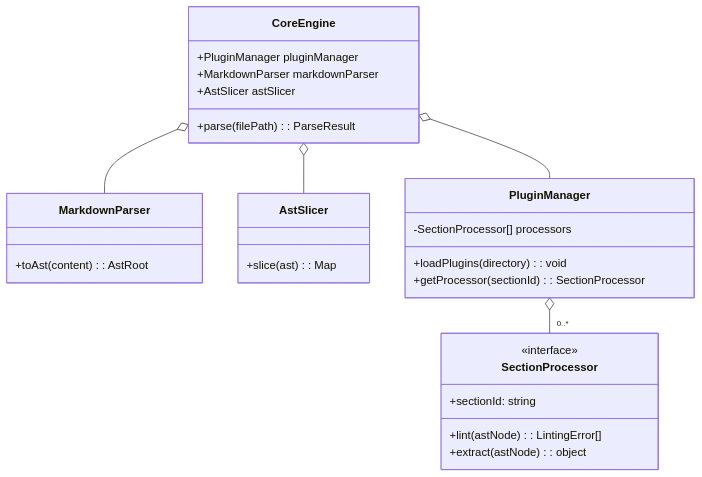
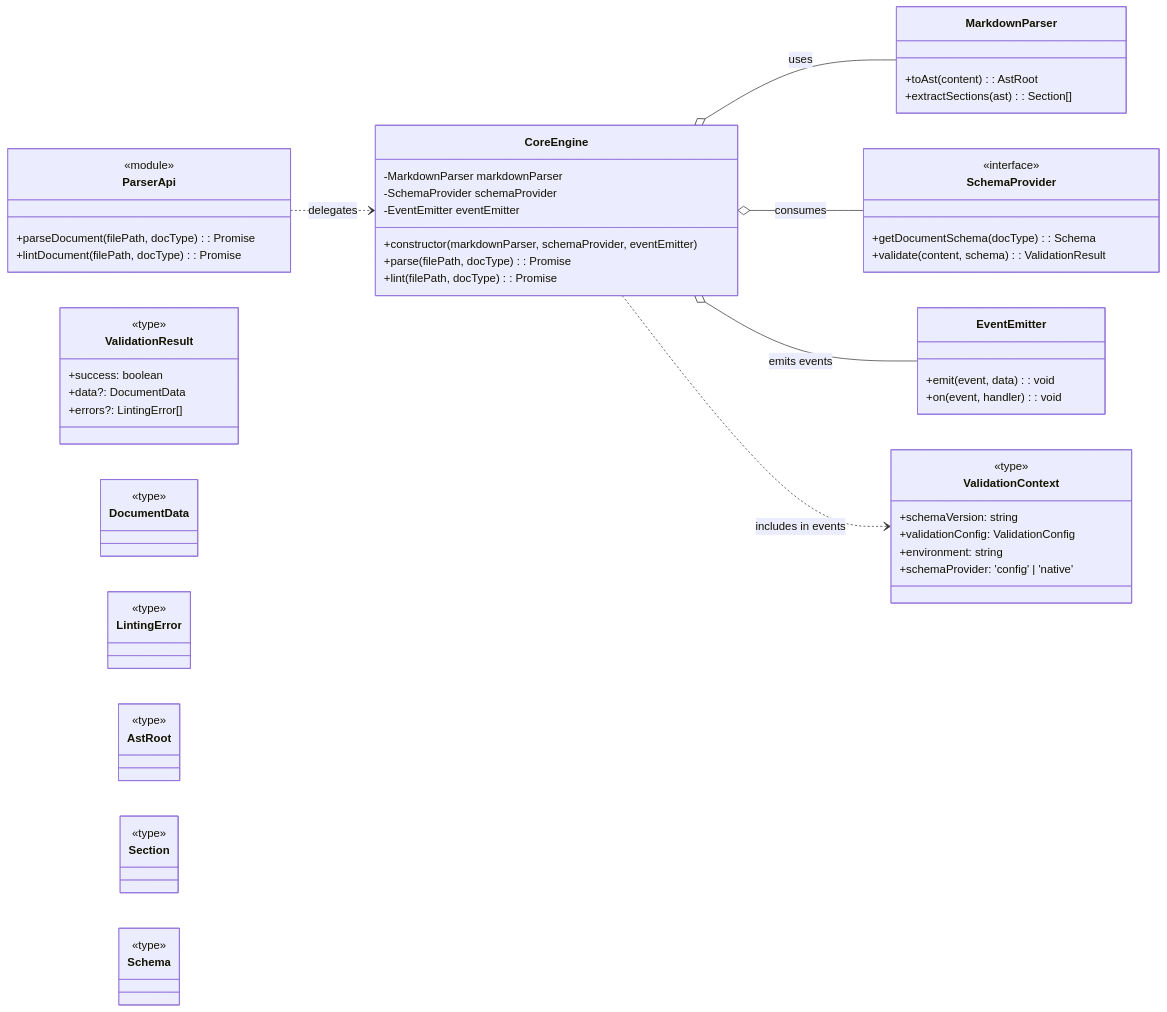
The second of 4 diagrams in docs/requirements/p1.p5.t18-core-engine-parser.task.md (livelifelively/documentation-driven-development-tools), drawn with Mermaid before and after one commit. The commit also changed other lines of this file and 9 other files, not shown here.

````diff
--- a/docs/requirements/p1.p5.t18-core-engine-parser.task.md
+++ b/docs/requirements/p1.p5.t18-core-engine-parser.task.md
@@ -93,37 +138,71 @@
 ```mermaid
 classDiagram
-    direction TB
+    direction LR
+
+    %% Focus (T18 zoom-in): CoreEngine + MarkdownParser; SchemaProvider/EventEmitter as dependencies
+
+    class ParserApi {
+        <<module>>
+        +parseDocument(filePath, docType): Promise<void>
+        +lintDocument(filePath, docType): Promise<void>
+    }
 
     class CoreEngine {
-        +PluginManager pluginManager
-        +MarkdownParser markdownParser
-        +AstSlicer astSlicer
-        +parse(filePath): ParseResult
+        -MarkdownParser markdownParser
+        -SchemaProvider schemaProvider
+        -EventEmitter eventEmitter
+        +constructor(markdownParser, schemaProvider, eventEmitter)
+        +parse(filePath, docType): Promise<void>
+        +lint(filePath, docType): Promise<void>
     }
 
     class MarkdownParser {
         +toAst(content): AstRoot
+        +extractSections(ast): Section[]
     }
 
-    class AstSlicer {
-        +slice(ast): Map<string, AstRoot>
+    class SchemaProvider {
+        <<interface>>
+        +getDocumentSchema(docType): Schema
+        +validate(content, schema): ValidationResult
     }
 
-    class PluginManager {
-        -SectionProcessor[] processors
-        +loadPlugins(directory): void
-        +getProcessor(sectionId): SectionProcessor
+    class EventEmitter {
+        +emit(event, data): void
+        +on(event, handler): void
     }
 
-    class SectionProcessor {
-        <<interface>>
-        +sectionId: string
-        +lint(astNode): LintingError[]
-        +extract(astNode): object
+    class ValidationContext {
+        <<type>>
+        +schemaVersion: string
+        +validationConfig: ValidationConfig
+        +environment: string
+        +schemaProvider: 'config' | 'native'
     }
 
-    CoreEngine o-- PluginManager
-    CoreEngine o-- MarkdownParser
-    CoreEngine o-- AstSlicer
-    PluginManager o-- "0..*" SectionProcessor
+    class ValidationResult {
+        <<type>>
+        +success: boolean
+        +data?: DocumentData
+        +errors?: LintingError[]
+    }
+
+    class DocumentData {
+        <<type>>
+    }
+
+    class LintingError {
+        <<type>>
+    }
+
+    ParserApi ..> CoreEngine : delegates
+    CoreEngine o-- MarkdownParser : uses
+    CoreEngine o-- SchemaProvider : consumes
+    CoreEngine o-- EventEmitter : emits events
+    CoreEngine ..> ValidationContext : includes in events
+
+    %% Referenced data types for clarity
+    class AstRoot { <<type>> }
+    class Section { <<type>> }
+    class Schema { <<type>> }
 ```
````
